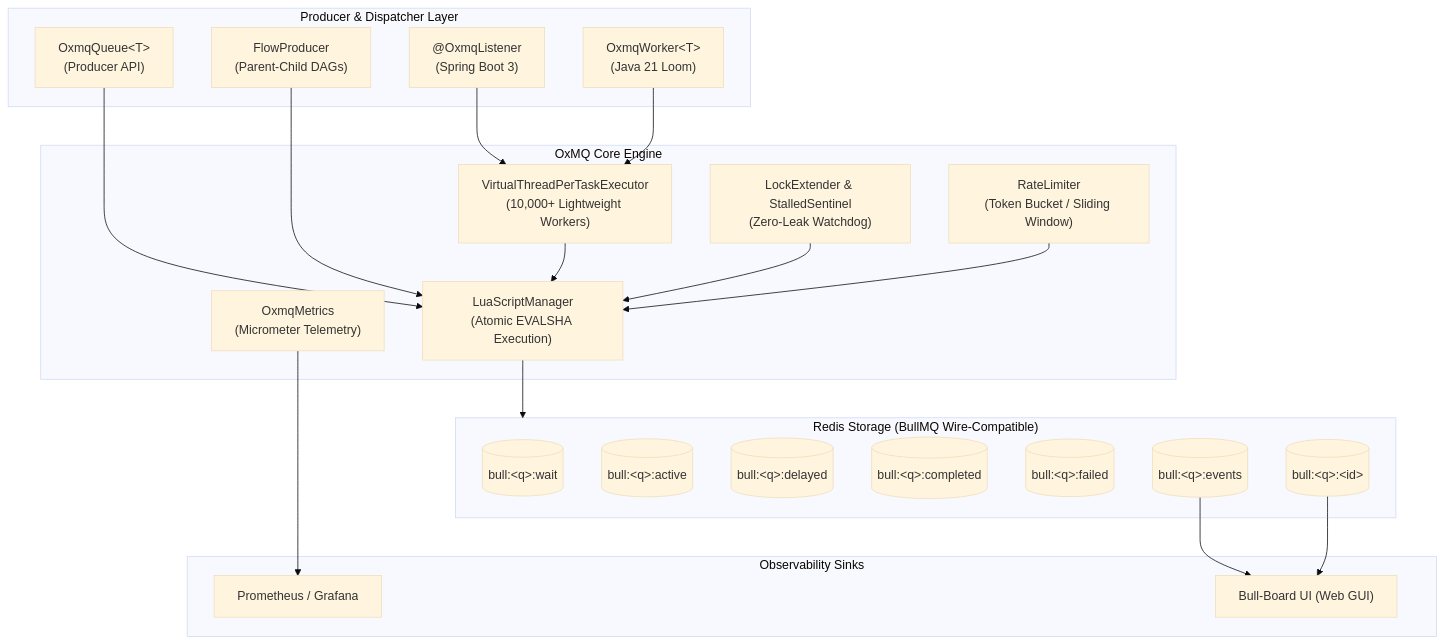
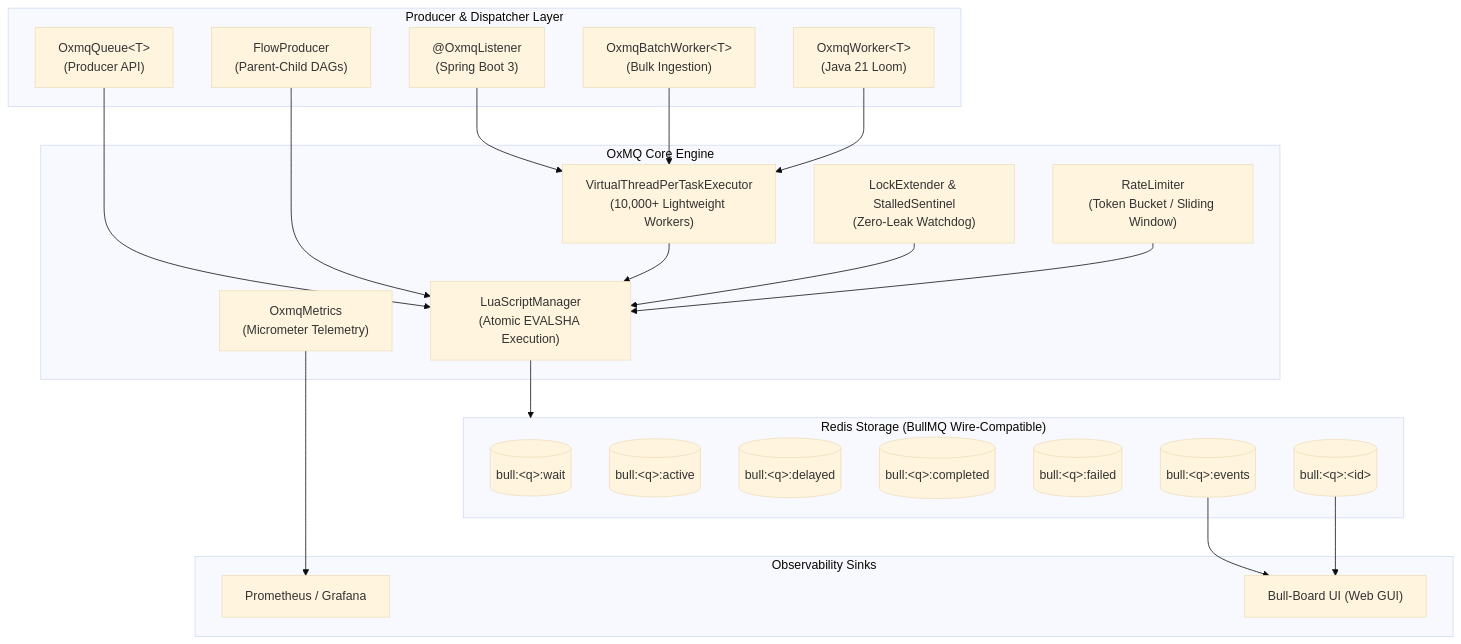
Before and after one commit to gaurav10610/oxmq: the diagram in README.md, drawn with Mermaid (base theme). The commit also changed other lines of this file and 3 other files, not shown here.

First line of the commit message:
docs: ground documentation, optimize for SEO, and update architecture/roadmap

````diff
--- a/README.md
+++ b/README.md
@@ -50,46 +56,48 @@
 ```mermaid
 graph TB
     subgraph Clients["Producer &amp; Dispatcher Layer"]
         Producer["OxmqQueue&lt;T&gt;<br/>(Producer API)"]
         Flow["FlowProducer<br/>(Parent-Child DAGs)"]
         SpringListener["@OxmqListener<br/>(Spring Boot 3)"]
-        StandaloneWorker["OxmqWorker&lt;T&gt;<br/>(Java 21 Loom)"]
+        BatchWorker["OxmqBatchWorker&lt;T&gt;<br/>(Bulk Ingestion)"]
+        LoomWorker["OxmqWorker&lt;T&gt;<br/>(Java 21 Loom)"]
     end
 
     subgraph Engine["OxMQ Core Engine"]
         LoomPerTask["VirtualThreadPerTaskExecutor<br/>(10,000+ Lightweight Workers)"]
         Watchdog["LockExtender &amp; StalledSentinel<br/>(Zero-Leak Watchdog)"]
         RateLimiter["RateLimiter<br/>(Token Bucket / Sliding Window)"]
         Metrics["OxmqMetrics<br/>(Micrometer Telemetry)"]
         LuaEngine["LuaScriptManager<br/>(Atomic EVALSHA Execution)"]
     end
 
     subgraph Redis["Redis Storage (BullMQ Wire-Compatible)"]
         WaitQueue[("bull:&lt;q&gt;:wait")]
         ActiveQueue[("bull:&lt;q&gt;:active")]
         DelayedZSet[("bull:&lt;q&gt;:delayed")]
         CompletedZSet[("bull:&lt;q&gt;:completed")]
         FailedZSet[("bull:&lt;q&gt;:failed")]
         JobData[("bull:&lt;q&gt;:&lt;id&gt;")]
         EventsPubSub[("bull:&lt;q&gt;:events")]
     end
 
     subgraph Monitoring["Observability Sinks"]
         Prometheus["Prometheus / Grafana"]
         BullBoard["Bull-Board UI (Web GUI)"]
     end
 
     Producer --> LuaEngine
     Flow --> LuaEngine
     SpringListener --> LoomPerTask
-    StandaloneWorker --> LoomPerTask
+    BatchWorker --> LoomPerTask
+    LoomWorker --> LoomPerTask
 
     LoomPerTask --> LuaEngine
     Watchdog --> LuaEngine
     RateLimiter --> LuaEngine
 
     LuaEngine --> Redis
     Metrics --> Prometheus
     EventsPubSub --> BullBoard
     JobData --> BullBoard
 ```
````
